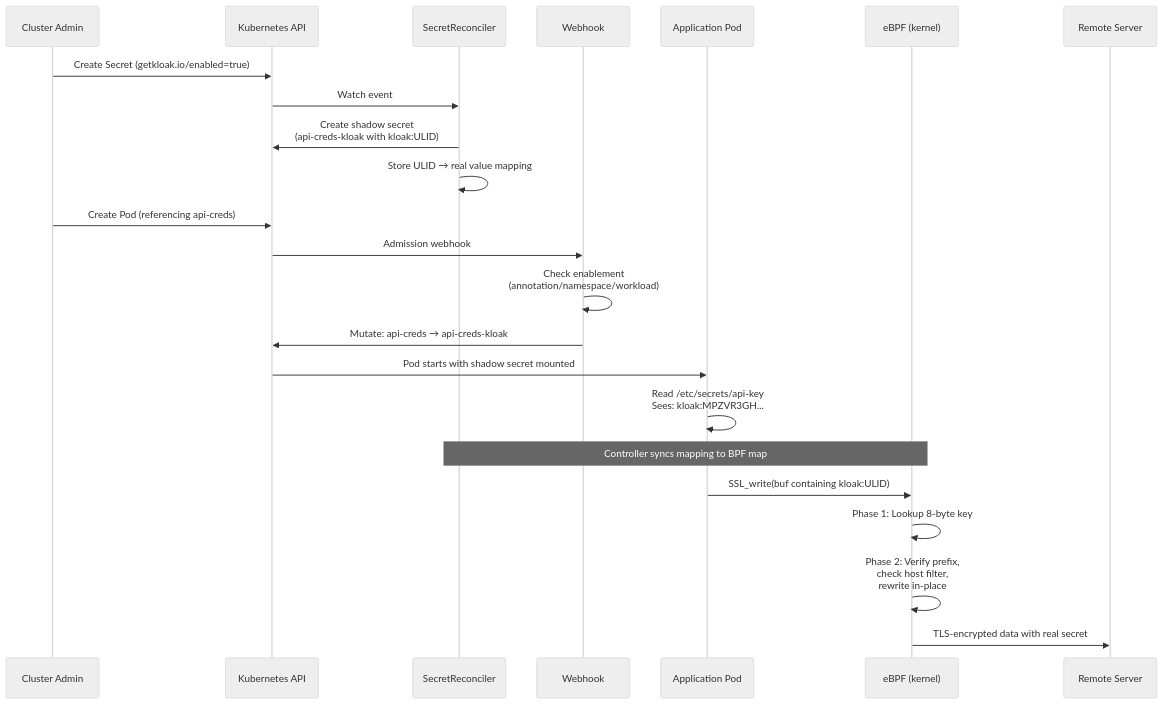
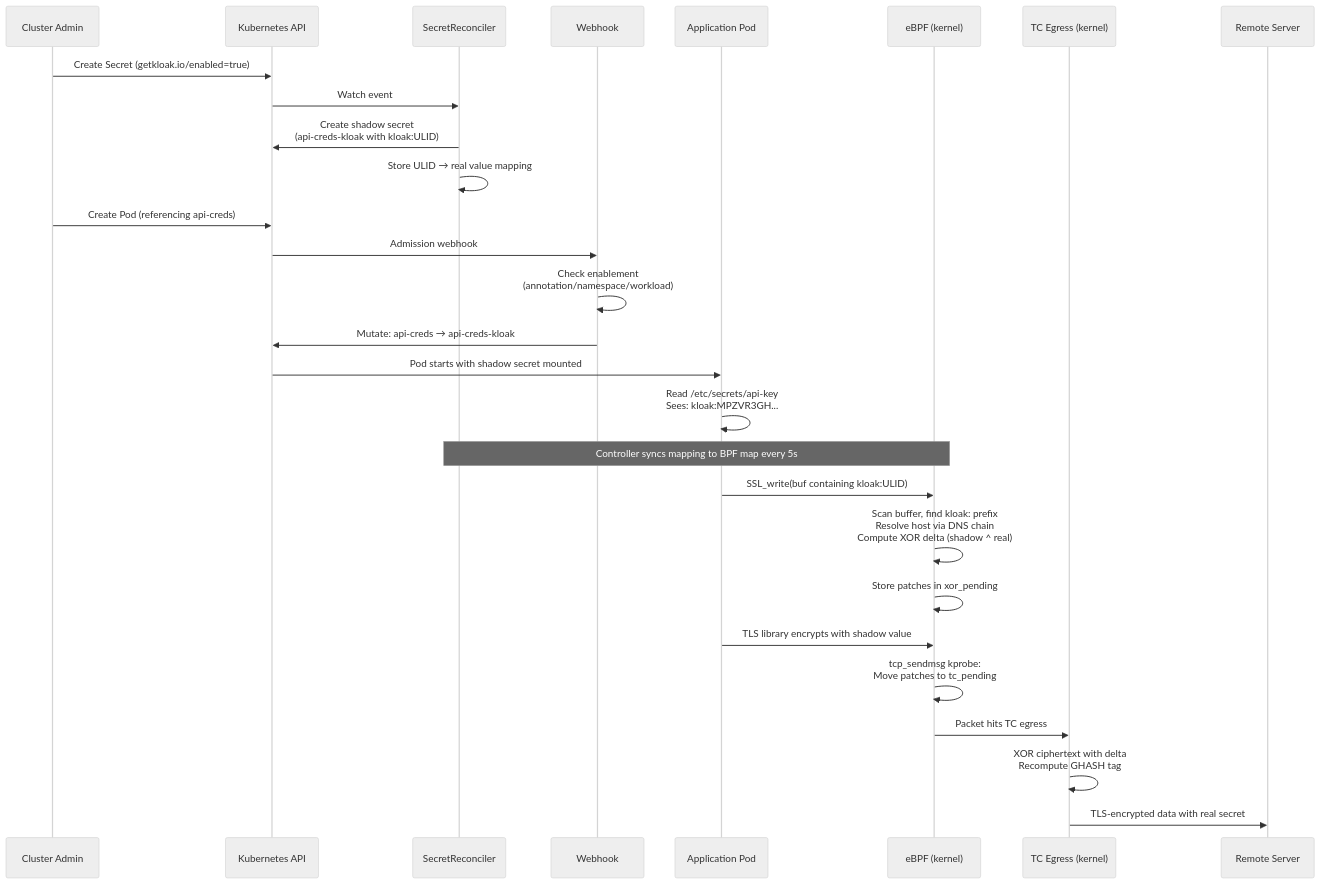
Before and after one commit to spinningfactory/kloak-web: the first of 2 diagrams in docs/architecture/overview.md, drawn with Mermaid (neutral theme). The commit also changed other lines of this file, not shown here.

First line of the commit message:
Rewrite architecture to match actual three-stage rewrite pipeline

````diff
--- a/docs/architecture/overview.md
+++ b/docs/architecture/overview.md
@@ -51,30 +91,37 @@
 ```mermaid
 sequenceDiagram
     participant User as Cluster Admin
     participant K8s as Kubernetes API
     participant SR as SecretReconciler
     participant WH as Webhook
     participant App as Application Pod
     participant eBPF as eBPF (kernel)
+    participant TC as TC Egress (kernel)
     participant Remote as Remote Server
 
     User->>K8s: Create Secret (getkloak.io/enabled=true)
     K8s->>SR: Watch event
     SR->>K8s: Create shadow secret<br/>(api-creds-kloak with kloak:ULID)
     SR->>SR: Store ULID → real value mapping
 
     User->>K8s: Create Pod (referencing api-creds)
     K8s->>WH: Admission webhook
     WH->>WH: Check enablement<br/>(annotation/namespace/workload)
     WH->>K8s: Mutate: api-creds → api-creds-kloak
     K8s->>App: Pod starts with shadow secret mounted
 
     App->>App: Read /etc/secrets/api-key<br/>Sees: kloak:MPZVR3GH...
 
-    Note over SR,eBPF: Controller syncs mapping to BPF map
+    Note over SR,eBPF: Controller syncs mapping to BPF map every 5s
 
     App->>eBPF: SSL_write(buf containing kloak:ULID)
-    eBPF->>eBPF: Phase 1: Lookup 8-byte key
-    eBPF->>eBPF: Phase 2: Verify prefix,<br/>check host filter,<br/>rewrite in-place
-    eBPF->>Remote: TLS-encrypted data with real secret
+    eBPF->>eBPF: Scan buffer, find kloak: prefix<br/>Resolve host via DNS chain<br/>Compute XOR delta (shadow ^ real)
+    eBPF->>eBPF: Store patches in xor_pending
+
+    App->>eBPF: TLS library encrypts with shadow value
+    eBPF->>eBPF: tcp_sendmsg kprobe:<br/>Move patches to tc_pending
+
+    eBPF->>TC: Packet hits TC egress
+    TC->>TC: XOR ciphertext with delta<br/>Recompute GHASH tag
+    TC->>Remote: TLS-encrypted data with real secret
 ```
````
